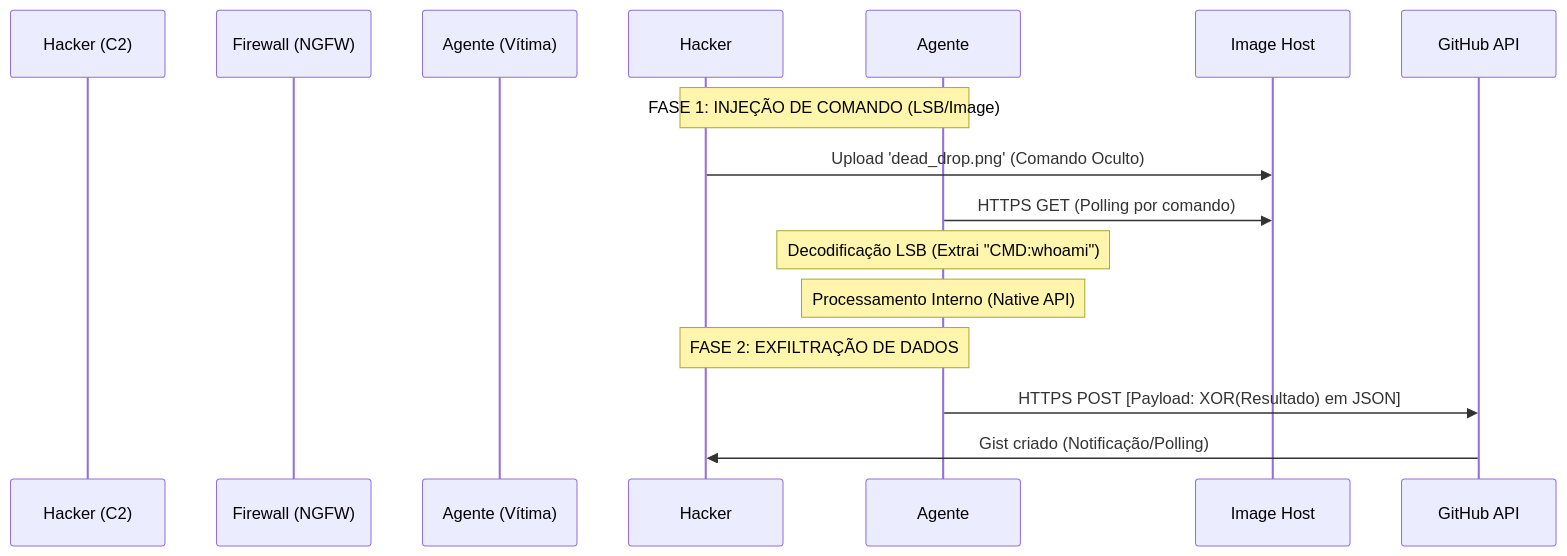
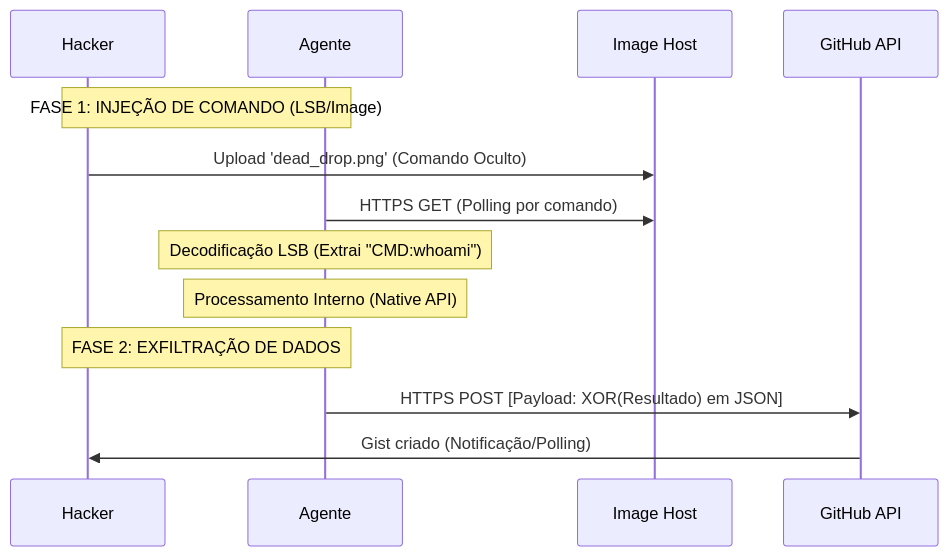
One commit to felipeandrian/fep-c2-stego changed the diagram in README.md. Above: the diagram before and after it, drawn with Mermaid.

`````diff
--- a/README.md
+++ b/README.md
@@ -24,17 +24,13 @@
 ```mermaid
 sequenceDiagram
-    participant Hacker (C2)
-    participant Firewall (NGFW)
-    participant Agente (Vítima)
-
     Note over Hacker, Agente: FASE 1: INJEÇÃO DE COMANDO (LSB/Image)
     Hacker->>Image Host: Upload 'dead_drop.png' (Comando Oculto)
     Agente->>Image Host: HTTPS GET (Polling por comando)
     Note over Agente: Decodificação LSB (Extrai "CMD:whoami")
     
     Note over Agente: Processamento Interno (Native API)
     
     Note over Hacker, Agente: FASE 2: EXFILTRAÇÃO DE DADOS
     Agente->>GitHub API: HTTPS POST [Payload: XOR(Resultado) em JSON]
     GitHub API->>Hacker: Gist criado (Notificação/Polling)
 ````
`````
